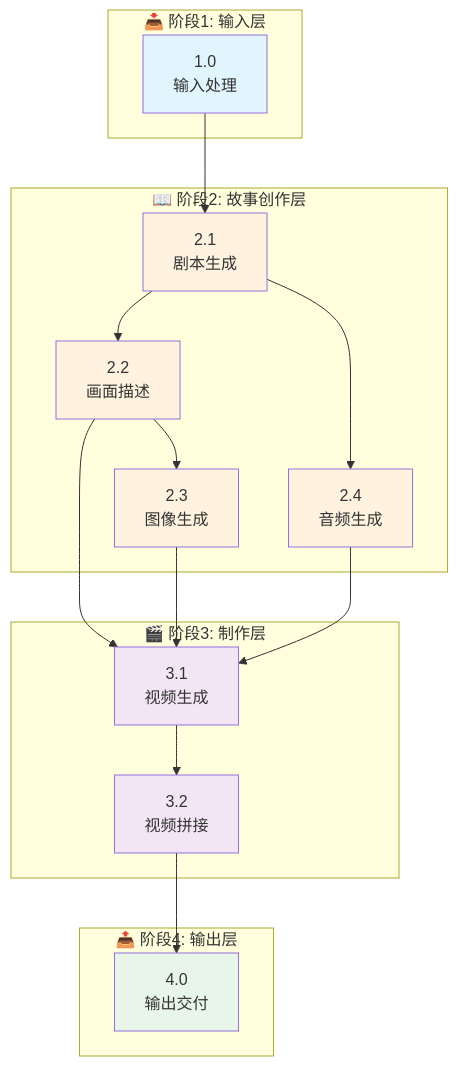
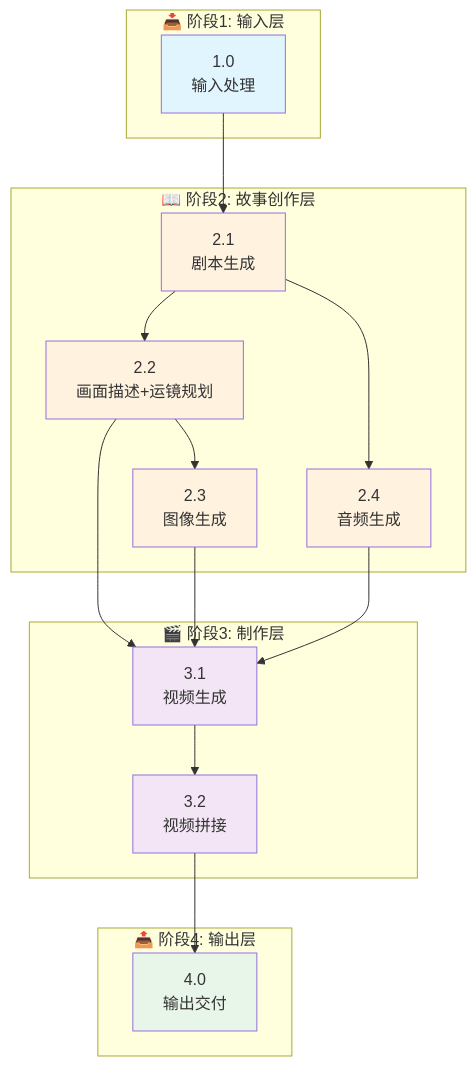
The first of 2 diagrams in docs/workflow_diagram.md (kiddyt00/FrameLeap), drawn with Mermaid before and after one commit. The commit also changed other lines of this file, not shown here.

First line of the commit message:
docs: 添加运镜规划到流程图

````diff
--- a/docs/workflow_diagram.md
+++ b/docs/workflow_diagram.md
@@ -5,41 +5,41 @@
 ```mermaid
 flowchart TD
     subgraph Input["📥 阶段1: 输入层"]
         A[1.0<br/>输入处理]
     end
 
     subgraph Story["📖 阶段2: 故事创作层"]
         B1[2.1<br/>剧本生成]
-        B2[2.2<br/>画面描述]
+        B2[2.2<br/>画面描述+运镜规划]
         B3[2.3<br/>图像生成]
         B4[2.4<br/>音频生成]
     end
 
     subgraph Production["🎬 阶段3: 制作层"]
         C1[3.1<br/>视频生成]
         C2[3.2<br/>视频拼接]
     end
 
     subgraph Output["📤 阶段4: 输出层"]
         D[4.0<br/>输出交付]
     end
 
     A --> B1
     B1 --> B2
     B2 --> B3
     B1 --> B4
     B2 --> C1
     B3 --> C1
     B4 --> C1
     C1 --> C2
     C2 --> D
 
     style A fill:#e1f5fe
     style B1 fill:#fff3e0
     style B2 fill:#fff3e0
     style B3 fill:#fff3e0
     style B4 fill:#fff3e0
     style C1 fill:#f3e5f5
     style C2 fill:#f3e5f5
     style D fill:#e8f5e9
 ```
````
